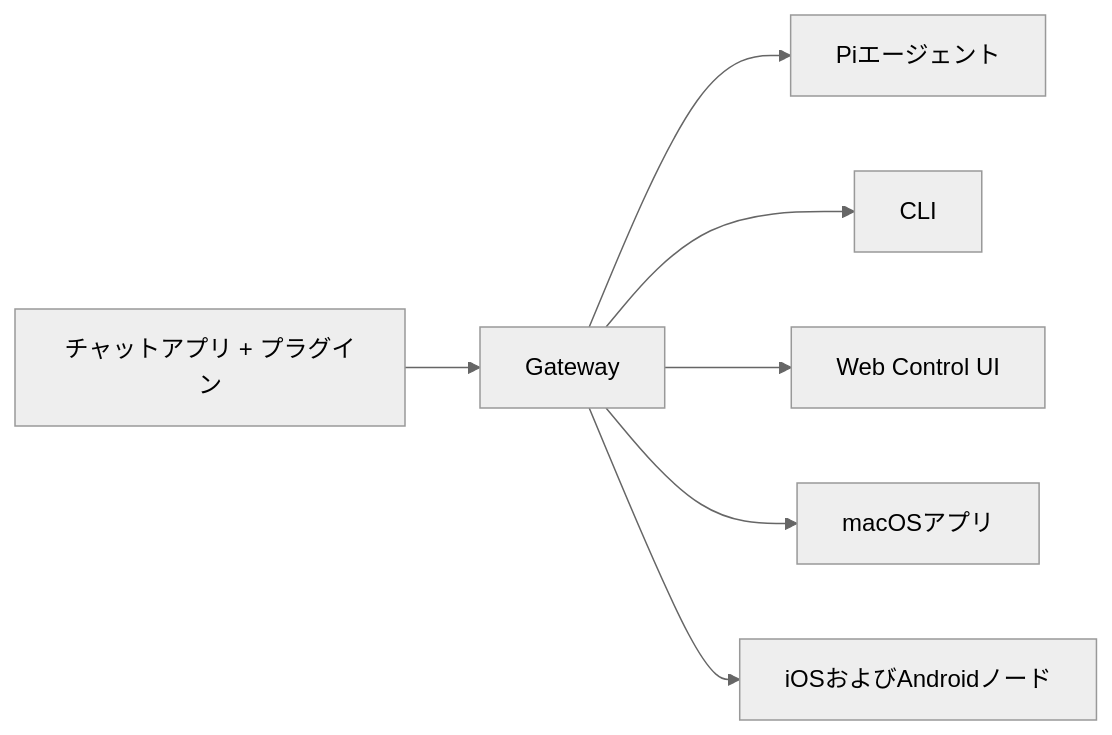
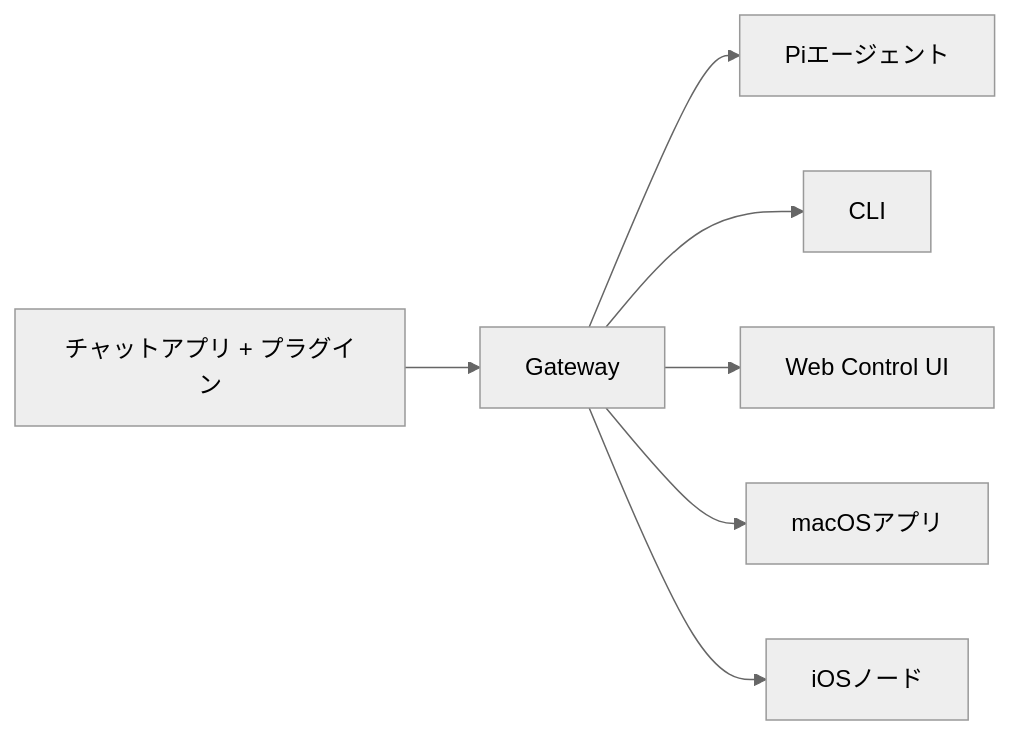
One commit to nuno7lopes-collab/alisio changed the diagram in docs/ja-JP/index.md. Above: the diagram before and after it, drawn with Mermaid (neutral theme). The commit also changed other lines of this file and 866 other files, not shown here.

````diff
--- a/docs/ja-JP/index.md
+++ b/docs/ja-JP/index.md
@@ -55,9 +55,9 @@
 ```mermaid
 flowchart LR
   A["チャットアプリ + プラグイン"] --> B["Gateway"]
   B --> C["Piエージェント"]
   B --> D["CLI"]
   B --> E["Web Control UI"]
   B --> F["macOSアプリ"]
-  B --> G["iOSおよびAndroidノード"]
+  B --> G["iOSノード"]
 ```
````
